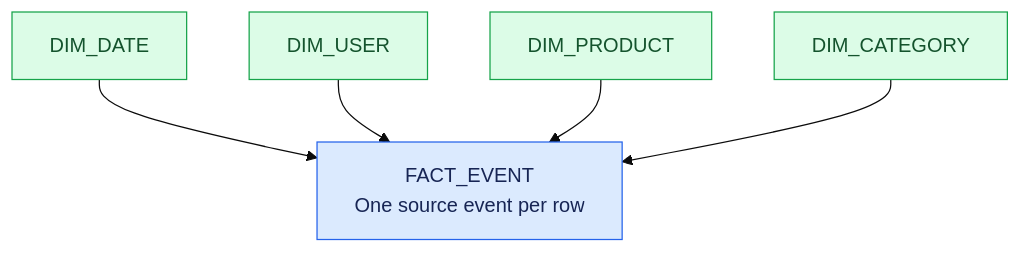
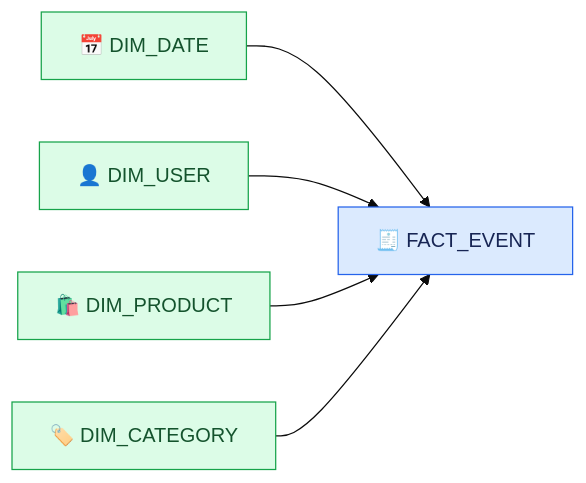
The second of 3 diagrams in README.md (shubham-k-jha/E-Commerce-Data-Warehouse-Analytics), drawn with Mermaid (base theme) before and after one commit. The commit also changed other lines of this file, not shown here.

````diff
--- a/README.md
+++ b/README.md
@@ -148,20 +80,12 @@
 ```mermaid
-flowchart TB
-    DATE["DIM_DATE"]
-    USER["DIM_USER"]
-    PRODUCT["DIM_PRODUCT"]
-    CATEGORY["DIM_CATEGORY"]
-
-    FACT["FACT_EVENT<br/>One source event per row"]
-
-    DATE --> FACT
-    USER --> FACT
-    PRODUCT --> FACT
-    CATEGORY --> FACT
-
+flowchart LR
+    DATE["📅 DIM_DATE"] --> FACT["🧾 FACT_EVENT"]
+    USER["👤 DIM_USER"] --> FACT
+    PRODUCT["🛍️ DIM_PRODUCT"] --> FACT
+    CATEGORY["🏷️ DIM_CATEGORY"] --> FACT
     style FACT fill:#DBEAFE,stroke:#2563EB,color:#172554
     style DATE fill:#DCFCE7,stroke:#16A34A,color:#14532D
     style USER fill:#DCFCE7,stroke:#16A34A,color:#14532D
     style PRODUCT fill:#DCFCE7,stroke:#16A34A,color:#14532D
     style CATEGORY fill:#DCFCE7,stroke:#16A34A,color:#14532D
 ```
````
